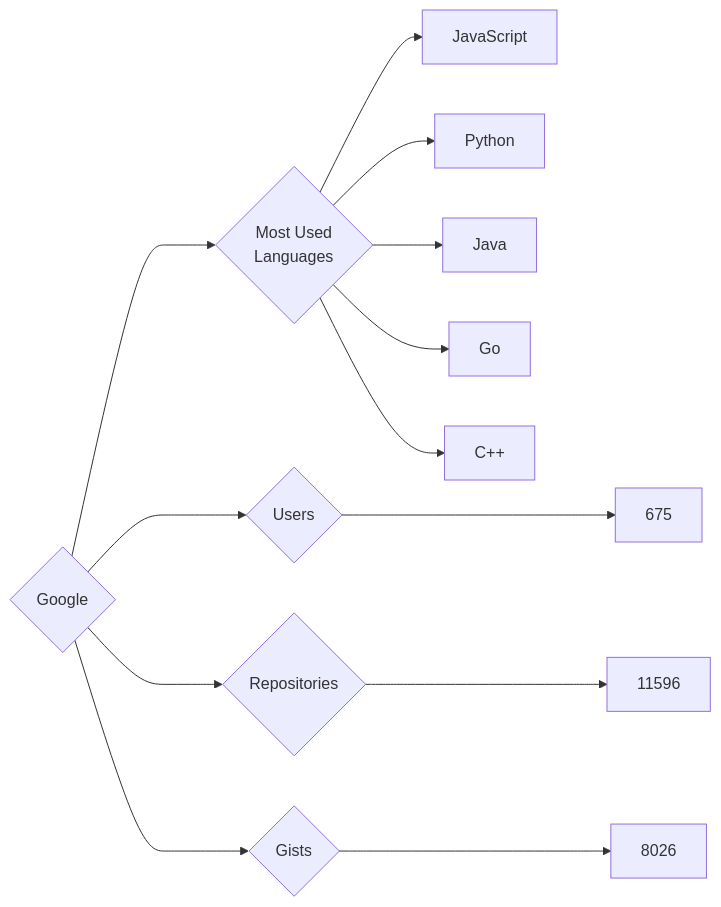
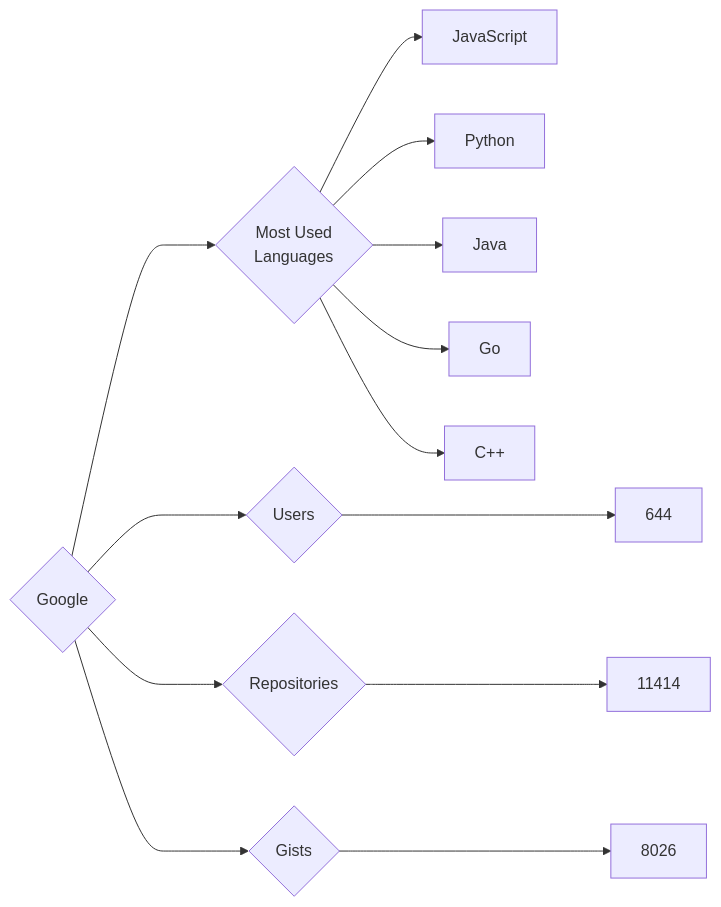
One commit to trickest/insiders changed the diagram in targets/Google/README.md. Above: the diagram before and after it, drawn with Mermaid. The commit also changed 899 other files, not shown here.

````diff
--- a/targets/Google/README.md
+++ b/targets/Google/README.md
@@ -3,13 +3,13 @@
 ```mermaid
 graph LR
 COMPANY_NAME{Google}
-COMPANY_NAME ---> U{Users} ---> UN[675]
-COMPANY_NAME ---> R{Repositories} ---> RN[11596]
+COMPANY_NAME ---> U{Users} ---> UN[644]
+COMPANY_NAME ---> R{Repositories} ---> RN[11414]
 COMPANY_NAME ---> G{Gists} ---> GN[8026]
 COMPANY_NAME ---> ML{Most Used<br>Languages}
 ML --> JavaScript[JavaScript]
 ML --> Python[Python]
 ML --> Java[Java]
 ML --> Go[Go]
 ML --> C++[C++]
 ```
````
